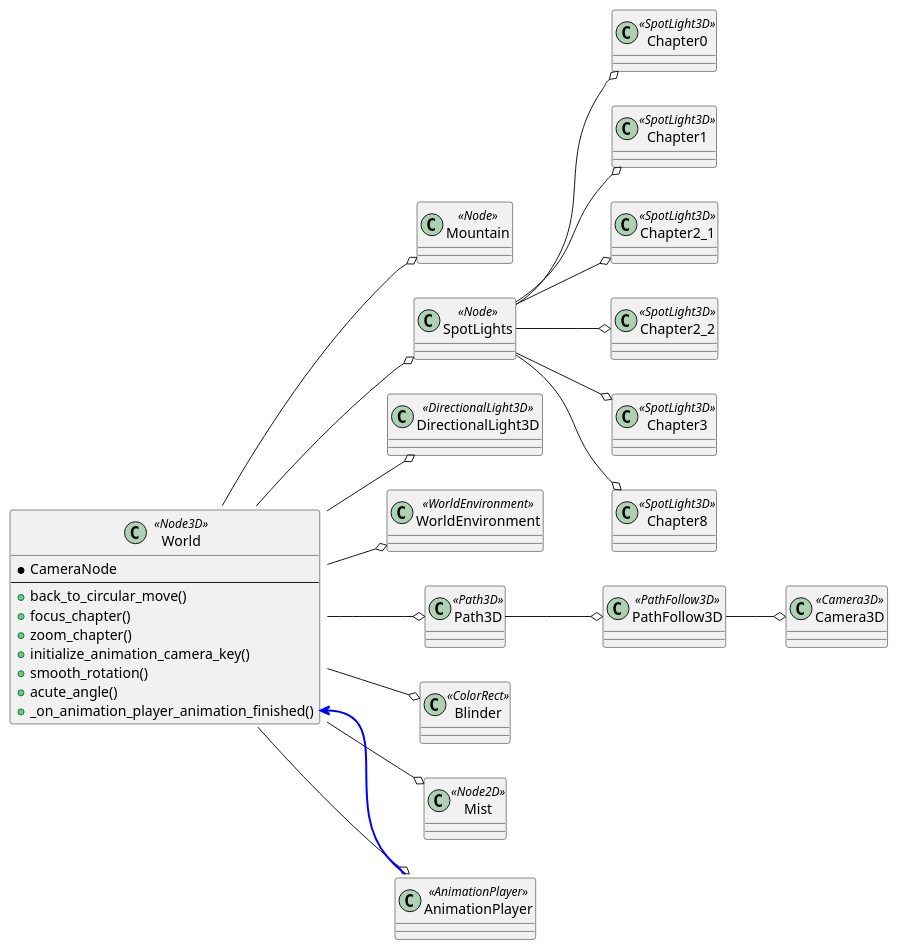
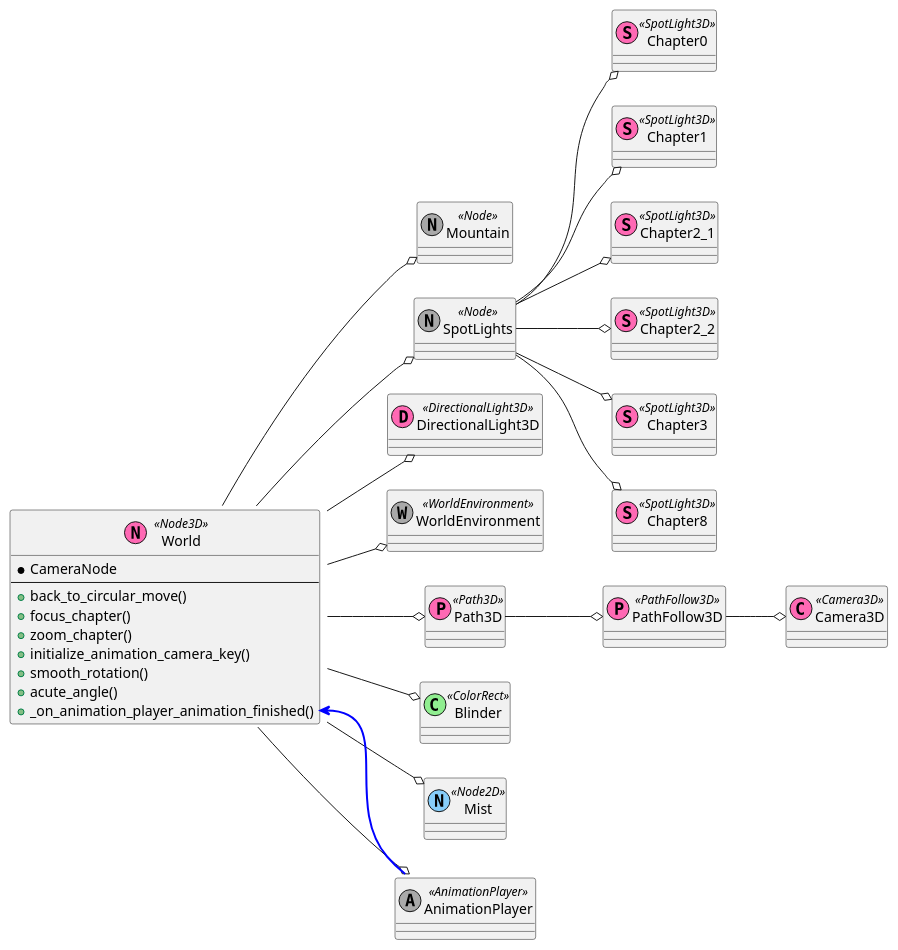
Before and after one commit to tkmfujise/Platformer-Game-Learning: the diagram in content/scenes/src/world/world.tscn.adoc, drawn with PlantUML. The commit also changed 69 other files, not shown here.

Commit message:
Change scene diagram class color

```diff
--- a/content/scenes/src/world/world.tscn.adoc
+++ b/content/scenes/src/world/world.tscn.adoc
@@ -9,64 +9,64 @@
 [plantuml]
 ....
-class ROOT as "World" <<Node3D>> {
+class ROOT as "World" <<(N,hotpink) Node3D>> {
   * CameraNode
 ---
   + back_to_circular_move()
   + focus_chapter()
   + zoom_chapter()
   + initialize_animation_camera_key()
   + smooth_rotation()
   + acute_angle()
   + _on_animation_player_animation_finished()
 }
-class Mountain as "Mountain" <<Node>> {
+class Mountain as "Mountain" <<(N,darkgray) Node>> {
 }
-class SpotLights as "SpotLights" <<Node>> {
+class SpotLights as "SpotLights" <<(N,darkgray) Node>> {
 }
-class SpotLights_Chapter0 as "Chapter0" <<SpotLight3D>> {
+class SpotLights_Chapter0 as "Chapter0" <<(S,hotpink) SpotLight3D>> {
 }
-class SpotLights_Chapter1 as "Chapter1" <<SpotLight3D>> {
+class SpotLights_Chapter1 as "Chapter1" <<(S,hotpink) SpotLight3D>> {
 }
-class SpotLights_Chapter2_1 as "Chapter2_1" <<SpotLight3D>> {
+class SpotLights_Chapter2_1 as "Chapter2_1" <<(S,hotpink) SpotLight3D>> {
 }
-class SpotLights_Chapter2_2 as "Chapter2_2" <<SpotLight3D>> {
+class SpotLights_Chapter2_2 as "Chapter2_2" <<(S,hotpink) SpotLight3D>> {
 }
-class SpotLights_Chapter3 as "Chapter3" <<SpotLight3D>> {
+class SpotLights_Chapter3 as "Chapter3" <<(S,hotpink) SpotLight3D>> {
 }
-class SpotLights_Chapter8 as "Chapter8" <<SpotLight3D>> {
+class SpotLights_Chapter8 as "Chapter8" <<(S,hotpink) SpotLight3D>> {
 }
-class DirectionalLight3D as "DirectionalLight3D" <<DirectionalLight3D>> {
+class DirectionalLight3D as "DirectionalLight3D" <<(D,hotpink) DirectionalLight3D>> {
 }
-class WorldEnvironment as "WorldEnvironment" <<WorldEnvironment>> {
+class WorldEnvironment as "WorldEnvironment" <<(W,darkgray) WorldEnvironment>> {
 }
-class Path3D as "Path3D" <<Path3D>> {
+class Path3D as "Path3D" <<(P,hotpink) Path3D>> {
 }
-class Path3D_PathFollow3D as "PathFollow3D" <<PathFollow3D>> {
+class Path3D_PathFollow3D as "PathFollow3D" <<(P,hotpink) PathFollow3D>> {
 }
-class Path3D_PathFollow3D_Camera3D as "Camera3D" <<Camera3D>> {
+class Path3D_PathFollow3D_Camera3D as "Camera3D" <<(C,hotpink) Camera3D>> {
 }
-class Blinder as "Blinder" <<ColorRect>> {
+class Blinder as "Blinder" <<(C,lightgreen) ColorRect>> {
 }
-class Mist as "Mist" <<Node2D>> {
+class Mist as "Mist" <<(N,lightskyblue) Node2D>> {
 }
-class AnimationPlayer as "AnimationPlayer" <<AnimationPlayer>> {
+class AnimationPlayer as "AnimationPlayer" <<(A,darkgray) AnimationPlayer>> {
 }
 ROOT --o Mountain
 ROOT --o SpotLights
 ROOT --o DirectionalLight3D
 ROOT --o WorldEnvironment
 ROOT --o Path3D
 ROOT --o Blinder
 ROOT --o Mist
 ROOT --o AnimationPlayer
 SpotLights --o SpotLights_Chapter0
 SpotLights --o SpotLights_Chapter1
 SpotLights --o SpotLights_Chapter2_1
 SpotLights --o SpotLights_Chapter2_2
 SpotLights --o SpotLights_Chapter3
 SpotLights --o SpotLights_Chapter8
 Path3D --o Path3D_PathFollow3D
 Path3D_PathFollow3D --o Path3D_PathFollow3D_Camera3D
 left to right direction
 ROOT::_on_animation_player_animation_finished <-[#blue,thickness=2]- AnimationPlayer::animation_finished
 ....
```
